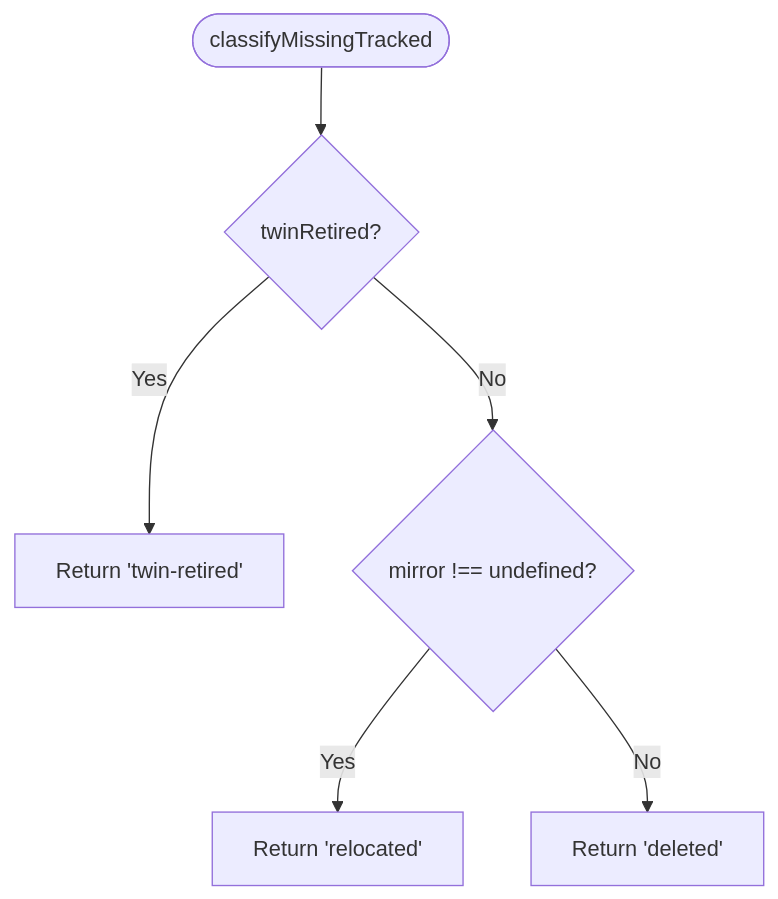
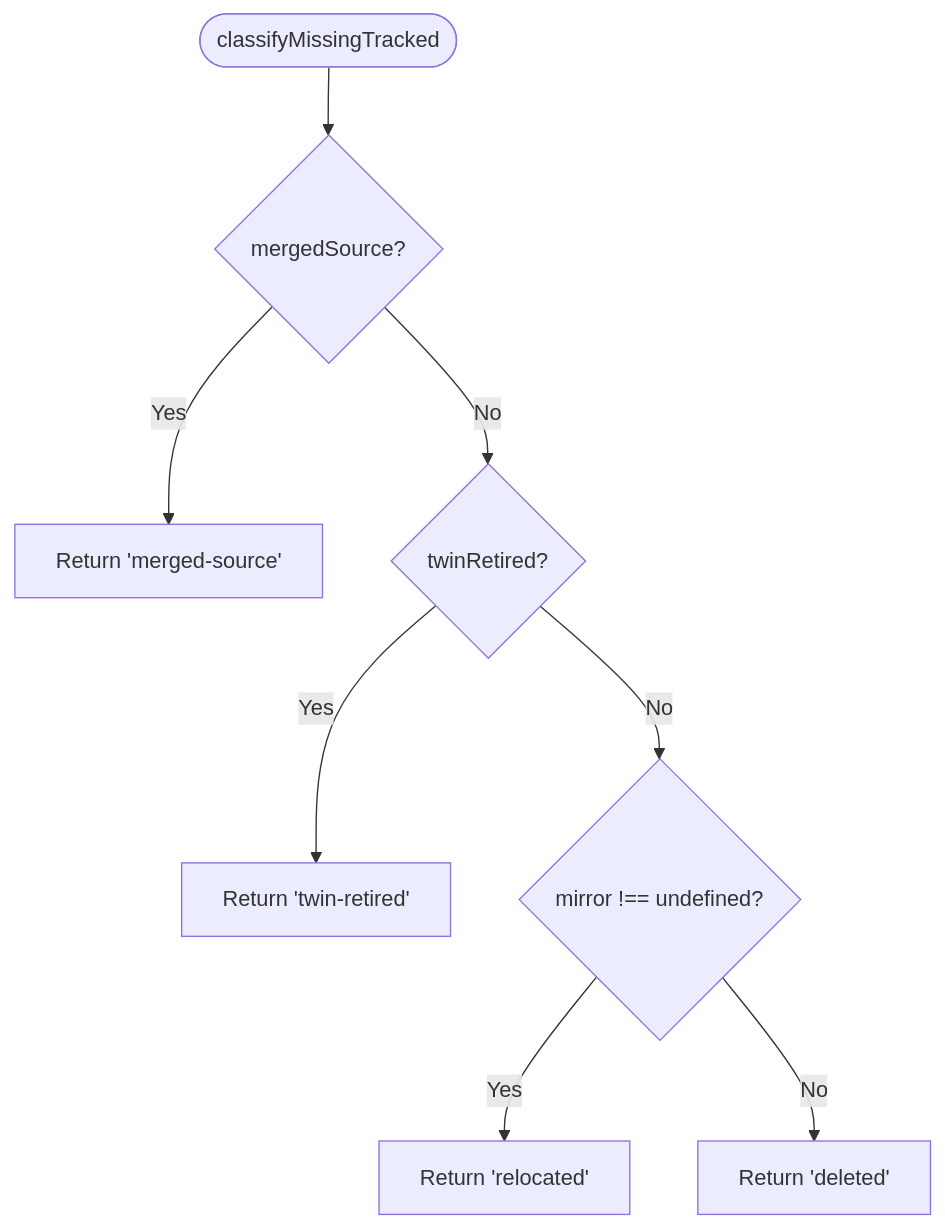
Before and after one commit to delirium-dj/modelcomp: the ninth of 10 diagrams in .qoder/repowiki/en/content/Data Management System/Data Synchronization Pipeline/Validation Framework.md, drawn with Mermaid. The commit also changed other lines of this file and 147 other files, not shown here.

````diff
--- a/.qoder/repowiki/en/content/Data Management System/Data Synchronization Pipeline/Validation Framework.md
+++ b/.qoder/repowiki/en/content/Data Management System/Data Synchronization Pipeline/Validation Framework.md
@@ -329,8 +387,10 @@
 ```mermaid
 flowchart TD
-Start(["classifyMissingTracked"]) --> Twin{"twinRetired?"}
+Start(["classifyMissingTracked"]) --> Merged{"mergedSource?"}
+Merged --> |Yes| MergedSource["Return 'merged-source'"]
+Merged --> |No| Twin{"twinRetired?"}
 Twin --> |Yes| TwinRetired["Return 'twin-retired'"]
 Twin --> |No| Mirror{"mirror !== undefined?"}
 Mirror --> |Yes| Relocated["Return 'relocated'"]
 Mirror --> |No| Deleted["Return 'deleted'"]
 ```
````
